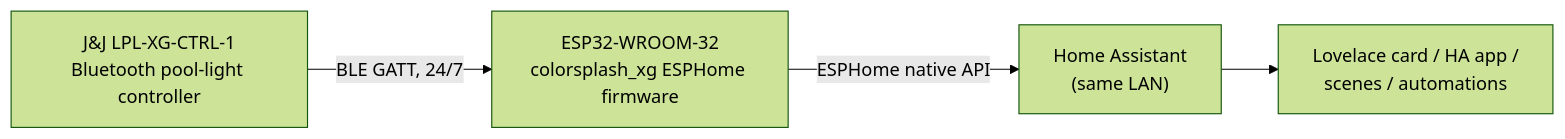
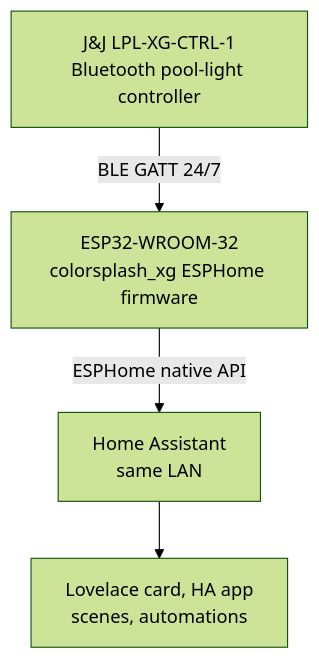
The diagram in README.md (Vixen-Labs/colorsplash-xg-ha), drawn with Mermaid (forest theme) before and after one commit. The commit also changed other lines of this file and 4 other files, not shown here.

````diff
--- a/README.md
+++ b/README.md
@@ -82,11 +82,11 @@
 ```mermaid
-flowchart LR
-    Controller["J&J LPL-XG-CTRL-1<br/>Bluetooth pool-light controller"]
-    Bridge["ESP32-WROOM-32<br/>colorsplash_xg ESPHome firmware"]
-    HA["Home Assistant<br/>(same LAN)"]
-    UI["Lovelace card / HA app /<br/>scenes / automations"]
+flowchart TD
+    Controller["J&amp;J LPL-XG-CTRL-1<br>Bluetooth pool-light controller"]
+    Bridge["ESP32-WROOM-32<br>colorsplash_xg ESPHome firmware"]
+    HA["Home Assistant<br>same LAN"]
+    UI["Lovelace card, HA app<br>scenes, automations"]
 
-    Controller -->|BLE GATT, 24/7| Bridge
-    Bridge -->|ESPHome native API| HA
+    Controller -- "BLE GATT 24/7" --> Bridge
+    Bridge -- "ESPHome native API" --> HA
     HA --> UI
 ```
````
